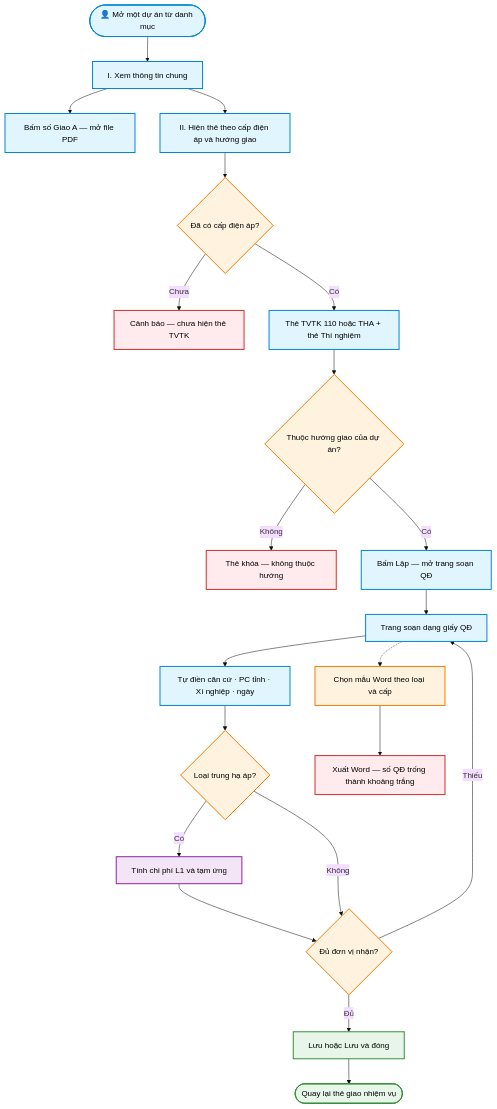
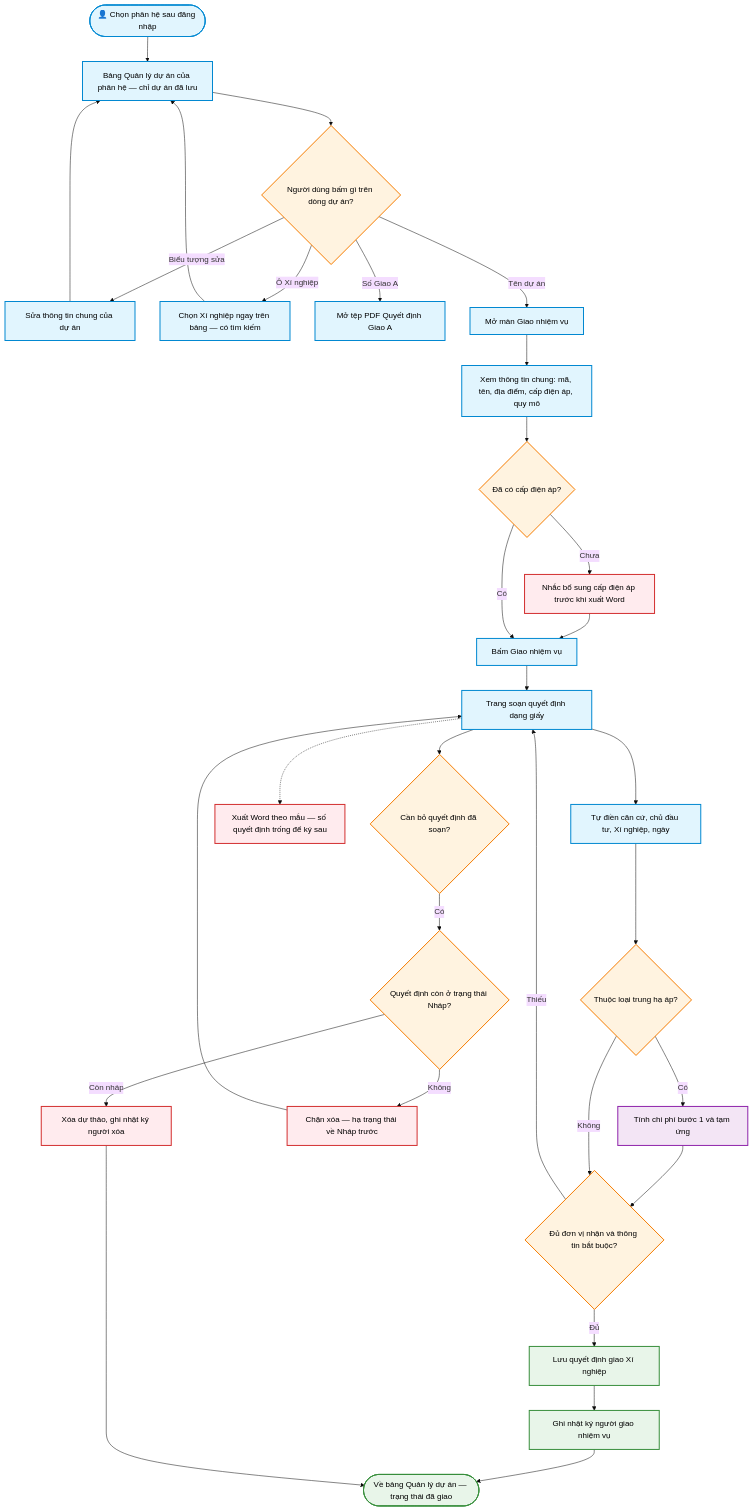
The diagram in workflows/02_giao_nhiem_vu.md (iSurvey86/gnvnpsc), drawn with Mermaid (base theme) before and after one commit. The commit also changed other lines of this file and 33 other files, not shown here.

First line of the commit message:
Đóng phiên: bản nháp Giao A, loại hình dự án bắt buộc và nhật ký dễ đọc (v0.1.2).

````diff
--- a/workflows/02_giao_nhiem_vu.md
+++ b/workflows/02_giao_nhiem_vu.md
@@ -8,47 +8,57 @@
 ```mermaid
 flowchart TD
   classDef userClass fill:#E1F5FE,stroke:#0288D1,stroke-width:2px,color:#000
   classDef processClass fill:#FFF3E0,stroke:#F57C00,stroke-width:2px,color:#000
   classDef aiClass fill:#F3E5F5,stroke:#8E24AA,stroke-width:2px,color:#000
   classDef dbClass fill:#E8F5E9,stroke:#388E3C,stroke-width:2px,color:#000
   classDef exportClass fill:#FFEBEE,stroke:#D32F2F,stroke-width:2px,color:#000
 
-  Open(["👤 Mở một dự án từ danh mục"])
-  Info["I. Xem thông tin chung"]
-  LinkA["Bấm số Giao A — mở file PDF"]
-  Sec2["II. Hiện thẻ theo cấp điện áp và hướng giao"]
+  Hub(["👤 Chọn phân hệ sau đăng nhập"])
+  Bang["Bảng Quản lý dự án của phân hệ — chỉ dự án đã lưu"]
+  Chon{"Người dùng bấm gì trên dòng dự án?"}
+  Sua["Sửa thông tin chung của dự án"]
+  ChonXn["Chọn Xí nghiệp ngay trên bảng — có tìm kiếm"]
+  MoPdf["Mở tệp PDF Quyết định Giao A"]
+  Mo["Mở màn Giao nhiệm vụ"]
+  Info["Xem thông tin chung: mã, tên, địa điểm, cấp điện áp, quy mô"]
   Cap{"Đã có cấp điện áp?"}
-  NoCap["Cảnh báo — chưa hiện thẻ TVTK"]
-  PickCard["Thẻ TVTK 110 hoặc THA + thẻ Thí nghiệm"]
-  Allow{"Thuộc hướng giao của dự án?"}
-  Block["Thẻ khóa — không thuộc hướng"]
-  Lap["Bấm Lập — mở trang soạn QĐ"]
-  Form["Trang soạn dạng giấy QĐ"]
-  MacDinh["Tự điền căn cứ · PC tỉnh · Xí nghiệp · ngày"]
-  Tien{"Loại trung hạ áp?"}
-  L1["Tính chi phí L1 và tạm ứng"]
-  Valid{"Đủ đơn vị nhận?"}
-  Save["Lưu hoặc Lưu và đóng"]
-  Pick["Chọn mẫu Word theo loại và cấp"]
-  Word["Xuất Word — số QĐ trống thành khoảng trắng"]
-  End(["Quay lại thẻ giao nhiệm vụ"])
+  NoCap["Nhắc bổ sung cấp điện áp trước khi xuất Word"]
+  Cta["Bấm Giao nhiệm vụ"]
+  Form["Trang soạn quyết định dạng giấy"]
+  MacDinh["Tự điền căn cứ, chủ đầu tư, Xí nghiệp, ngày"]
+  Tien{"Thuộc loại trung hạ áp?"}
+  L1["Tính chi phí bước 1 và tạm ứng"]
+  Valid{"Đủ đơn vị nhận và thông tin bắt buộc?"}
+  Save["Lưu quyết định giao Xí nghiệp"]
+  Log["Ghi nhật ký người giao nhiệm vụ"]
+  Word["Xuất Word theo mẫu — số quyết định trống để ký sau"]
+  Xoa{"Cần bỏ quyết định đã soạn?"}
+  CheckTt{"Quyết định còn ở trạng thái Nháp?"}
+  Chan["Chặn xóa — hạ trạng thái về Nháp trước"]
+  XoaXong["Xóa dự thảo, ghi nhật ký người xóa"]
+  End(["Về bảng Quản lý dự án — trạng thái đã giao"])
 
-  Open --> Info
-  Info --> LinkA
-  Info --> Sec2 --> Cap
-  Cap -->|Chưa| NoCap
-  Cap -->|Có| PickCard --> Allow
-  Allow -->|Không| Block
-  Allow -->|Có| Lap --> Form --> MacDinh --> Tien
+  Hub --> Bang --> Chon
+  Chon -->|Biểu tượng sửa| Sua --> Bang
+  Chon -->|Ô Xí nghiệp| ChonXn --> Bang
+  Chon -->|Số Giao A| MoPdf
+  Chon -->|Tên dự án| Mo --> Info --> Cap
+  Cap -->|Chưa| NoCap --> Cta
+  Cap -->|Có| Cta
+  Cta --> Form --> MacDinh --> Tien
   Tien -->|Có| L1 --> Valid
   Tien -->|Không| Valid
   Valid -->|Thiếu| Form
-  Valid -->|Đủ| Save --> End
-  Form -.-> Pick --> Word
+  Valid -->|Đủ| Save --> Log --> End
+  Form -.-> Word
+  Form --> Xoa
+  Xoa -->|Có| CheckTt
+  CheckTt -->|Không| Chan --> Form
+  CheckTt -->|Còn nháp| XoaXong --> End
 
-  class Open,Info,LinkA,Sec2,PickCard,Lap,Form,MacDinh userClass
-  class Cap,Allow,Valid,Tien,Pick processClass
+  class Hub,Bang,Sua,ChonXn,MoPdf,Mo,Info,Cta,Form,MacDinh userClass
+  class Chon,Cap,Tien,Valid,Xoa,CheckTt processClass
   class L1 aiClass
-  class Save,End dbClass
-  class Block,Word,NoCap exportClass
+  class Save,Log,End dbClass
+  class NoCap,Word,Chan,XoaXong exportClass
 ```
````
